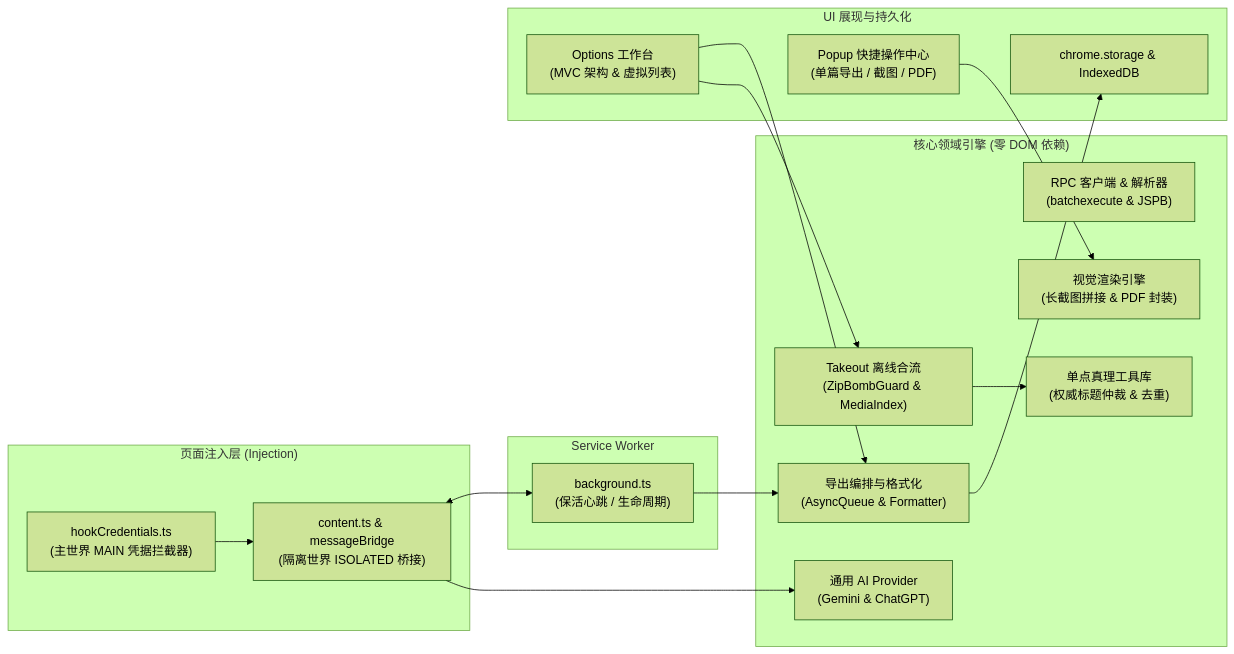
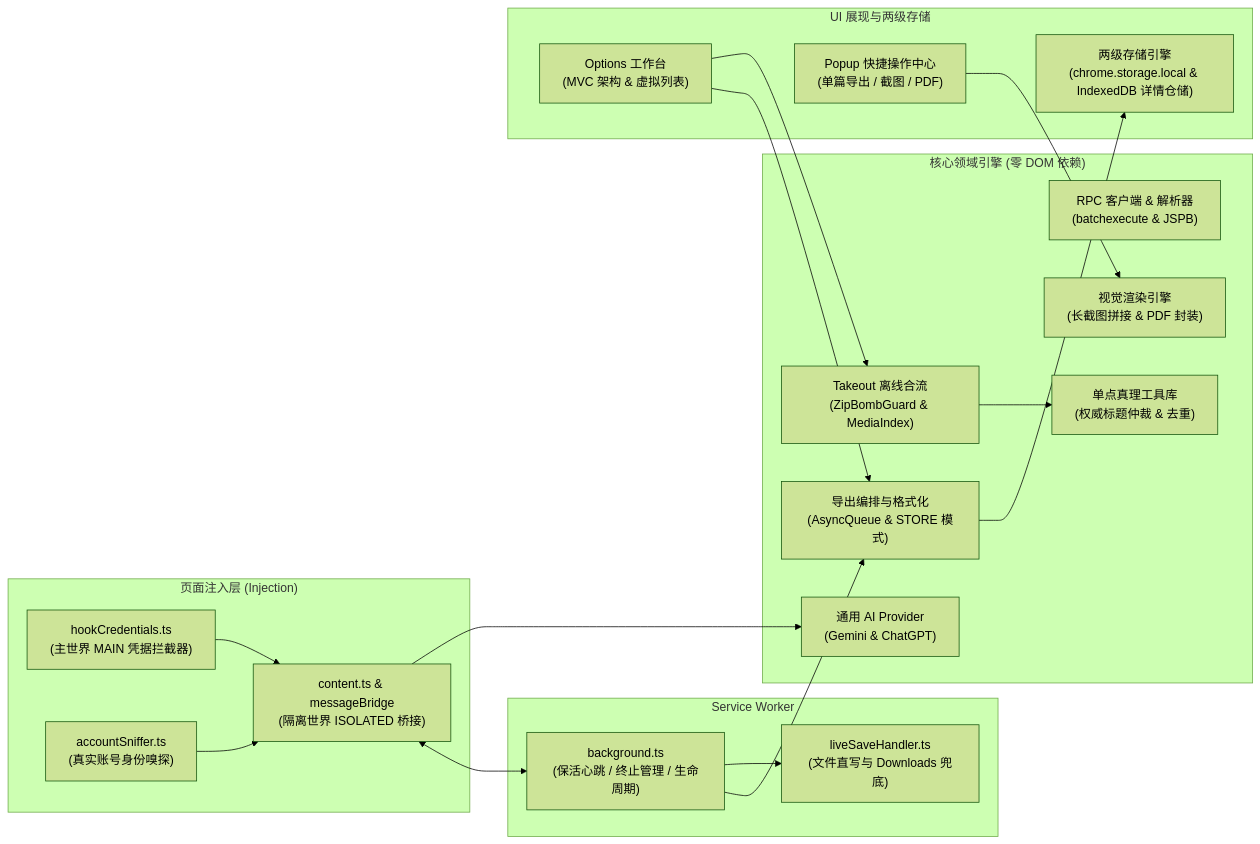
Before and after one commit to OTLFrostA/gemini-exporter: the diagram in README_zh.md, drawn with Mermaid (forest theme). The commit also changed other lines of this file and 3 other files, not shown here.

Commit message:
docs: sync project readmes with two-tier storage, multi-account isolation, and zero-dom architecture (#479)

````diff
--- a/README_zh.md
+++ b/README_zh.md
@@ -63,36 +70,40 @@
 ```mermaid
 graph LR
     subgraph 注入层 ["页面注入层 (Injection)"]
         HOOK["hookCredentials.ts<br/>(主世界 MAIN 凭据拦截器)"]
+        SNIFFER["accountSniffer.ts<br/>(真实账号身份嗅探)"]
         CS["content.ts & messageBridge<br/>(隔离世界 ISOLATED 桥接)"]
     end
 
     subgraph 后台服务 ["Service Worker"]
-        SW["background.ts<br/>(保活心跳 / 生命周期)"]
+        SW["background.ts<br/>(保活心跳 / 终止管理 / 生命周期)"]
+        LH["liveSaveHandler.ts<br/>(文件直写与 Downloads 兜底)"]
     end
 
     subgraph 核心引擎 ["核心领域引擎 (零 DOM 依赖)"]
         PROV["通用 AI Provider<br/>(Gemini & ChatGPT)"]
         API["RPC 客户端 & 解析器<br/>(batchexecute & JSPB)"]
-        ENG["导出编排与格式化<br/>(AsyncQueue & Formatter)"]
+        ENG["导出编排与格式化<br/>(AsyncQueue & STORE 模式)"]
         TAKEOUT["Takeout 离线合流<br/>(ZipBombGuard & MediaIndex)"]
         MEDIA["视觉渲染引擎<br/>(长截图拼接 & PDF 封装)"]
         SSOT["单点真理工具库<br/>(权威标题仲裁 & 去重)"]
     end
 
-    subgraph 展现与存储 ["UI 展现与持久化"]
+    subgraph 展现与存储 ["UI 展现与两级存储"]
         WORKBENCH["Options 工作台<br/>(MVC 架构 & 虚拟列表)"]
         POPUP["Popup 快捷操作中心<br/>(单篇导出 / 截图 / PDF)"]
-        STORAGE["chrome.storage & IndexedDB"]
+        STORAGE["两级存储引擎<br/>(chrome.storage.local & IndexedDB 详情仓储)"]
     end
 
     HOOK --> CS
+    SNIFFER --> CS
     CS <--> SW
     CS --> PROV
     SW --> ENG
+    SW --> LH
     WORKBENCH --> ENG
     WORKBENCH --> TAKEOUT
     POPUP --> MEDIA
     ENG --> STORAGE
     TAKEOUT --> SSOT
 ```
````
